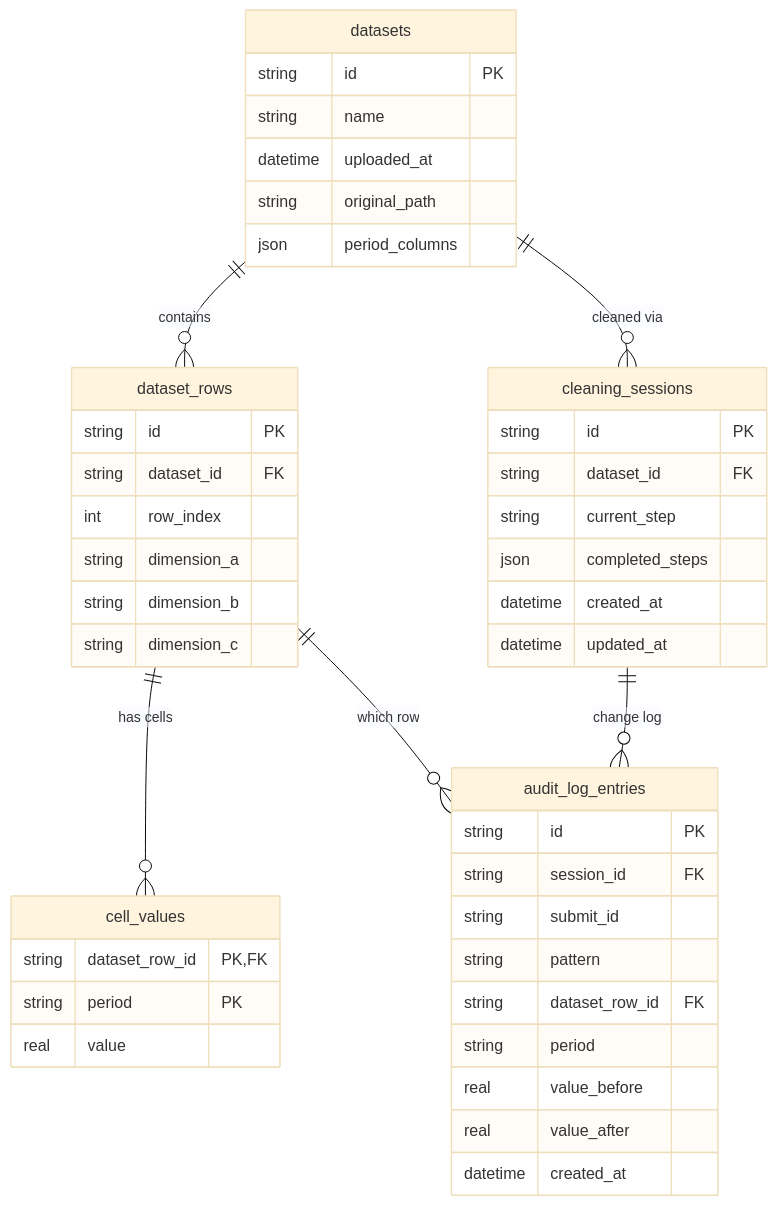
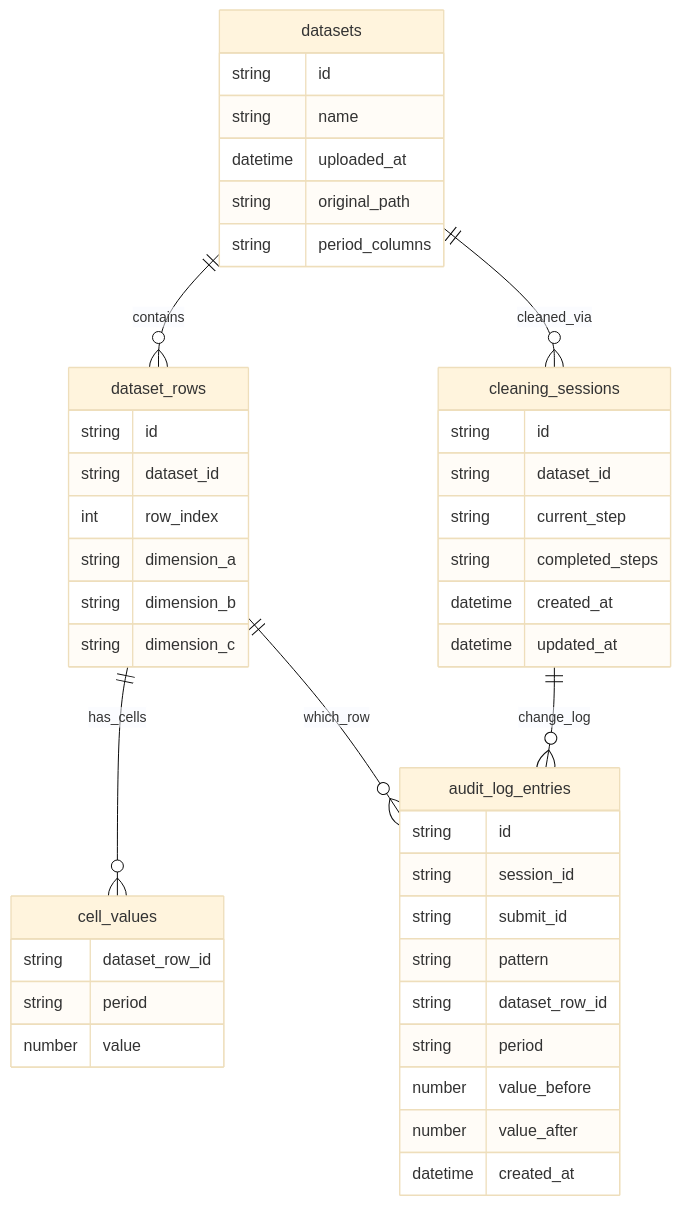
One commit to EmmS21/keyestakehome changed the first of 6 diagrams in docs/database-schema.md. Above: the diagram before and after it, drawn with Mermaid (base theme). The commit also changed other lines of this file, not shown here.

First line of the commit message:
fix(docs): make Mermaid diagrams compatible with GitHub renderer.

````diff
--- a/docs/database-schema.md
+++ b/docs/database-schema.md
@@ -7,52 +9,52 @@
 ```mermaid
 erDiagram
   datasets ||--o{ dataset_rows : contains
-  datasets ||--o{ cleaning_sessions : "cleaned via"
-  dataset_rows ||--o{ cell_values : "has cells"
-  cleaning_sessions ||--o{ audit_log_entries : "change log"
-  dataset_rows ||--o{ audit_log_entries : "which row"
+  datasets ||--o{ cleaning_sessions : cleaned_via
+  dataset_rows ||--o{ cell_values : has_cells
+  cleaning_sessions ||--o{ audit_log_entries : change_log
+  dataset_rows ||--o{ audit_log_entries : which_row
 
   datasets {
-    string id PK
+    string id
     string name
     datetime uploaded_at
     string original_path
-    json period_columns
+    string period_columns
   }
 
   dataset_rows {
-    string id PK
-    string dataset_id FK
+    string id
+    string dataset_id
     int row_index
     string dimension_a
     string dimension_b
     string dimension_c
   }
 
   cell_values {
-    string dataset_row_id PK, FK
-    string period PK
-    real value
+    string dataset_row_id
+    string period
+    number value
   }
 
   cleaning_sessions {
-    string id PK
-    string dataset_id FK
+    string id
+    string dataset_id
     string current_step
-    json completed_steps
+    string completed_steps
     datetime created_at
     datetime updated_at
   }
 
   audit_log_entries {
-    string id PK
-    string session_id FK
+    string id
+    string session_id
     string submit_id
     string pattern
-    string dataset_row_id FK
+    string dataset_row_id
     string period
-    real value_before
-    real value_after
+    number value_before
+    number value_after
     datetime created_at
   }
 ```
````
